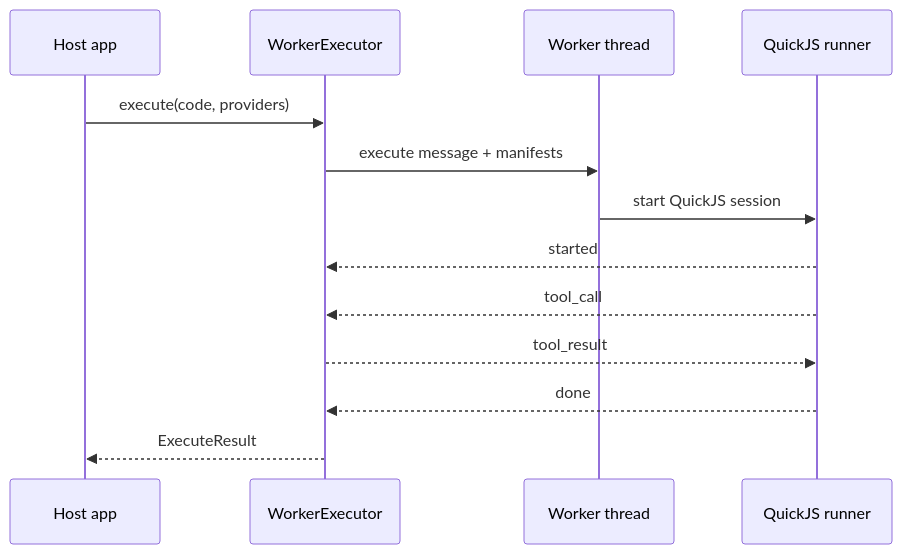
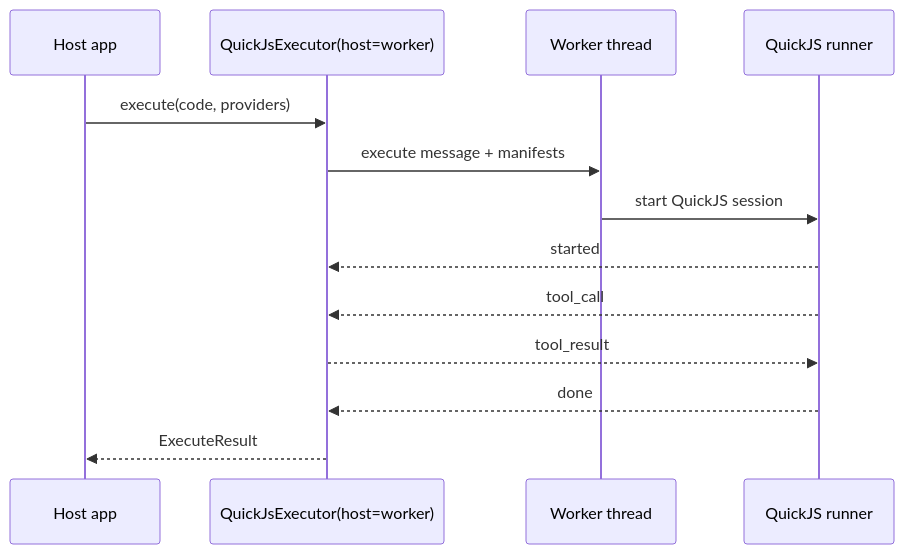
Before and after one commit to aallam/execbox: the second of 3 diagrams in docs/architecture/execbox-executors.md, drawn with Mermaid. The commit also changed other lines of this file and 86 other files, not shown here.

````diff
--- a/docs/architecture/execbox-executors.md
+++ b/docs/architecture/execbox-executors.md
@@ -74,16 +74,16 @@
 ```mermaid
 sequenceDiagram
     participant Host as Host app
-    participant Exec as WorkerExecutor
+    participant Exec as QuickJsExecutor(host=worker)
     participant Worker as Worker thread
     participant Runner as QuickJS runner
 
     Host->>Exec: execute(code, providers)
     Exec->>Worker: execute message + manifests
     Worker->>Runner: start QuickJS session
     Runner-->>Exec: started
     Runner-->>Exec: tool_call
     Exec-->>Runner: tool_result
     Runner-->>Exec: done
     Exec-->>Host: ExecuteResult
 ```
````
